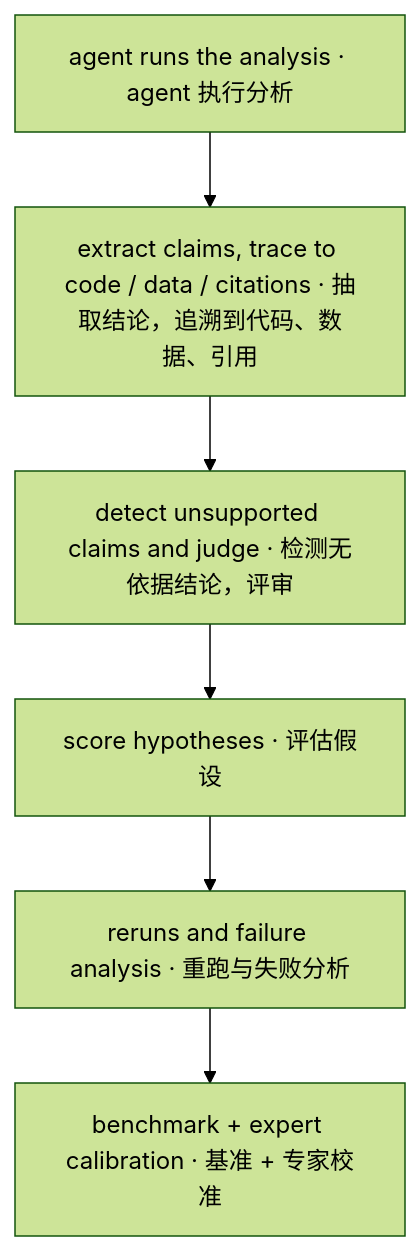
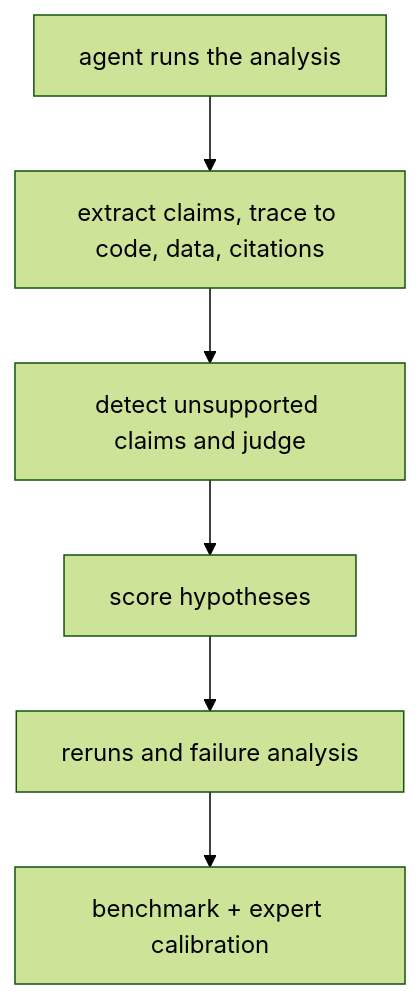
The diagram in docs/research/agent-claims.md (jasonjin34/Medical_reading_material), drawn with Mermaid (forest theme) before and after one commit. The commit also changed 82 other files, not shown here.

````diff
--- a/docs/research/agent-claims.md
+++ b/docs/research/agent-claims.md
@@ -19,8 +19,8 @@
 ```mermaid
 flowchart TB
-  A["agent runs the analysis · agent 执行分析"] --> B["extract claims, trace to code / data / citations · 抽取结论，追溯到代码、数据、引用"]
-  B --> C["detect unsupported claims and judge · 检测无依据结论，评审"]
-  C --> D["score hypotheses · 评估假设"]
-  D --> E["reruns and failure analysis · 重跑与失败分析"]
-  E --> F["benchmark + expert calibration · 基准 + 专家校准"]
+  A["agent runs the analysis"] --> B["extract claims, trace to code, data, citations"]
+  B --> C["detect unsupported claims and judge"]
+  C --> D["score hypotheses"]
+  D --> E["reruns and failure analysis"]
+  E --> F["benchmark + expert calibration"]
 ```
````
